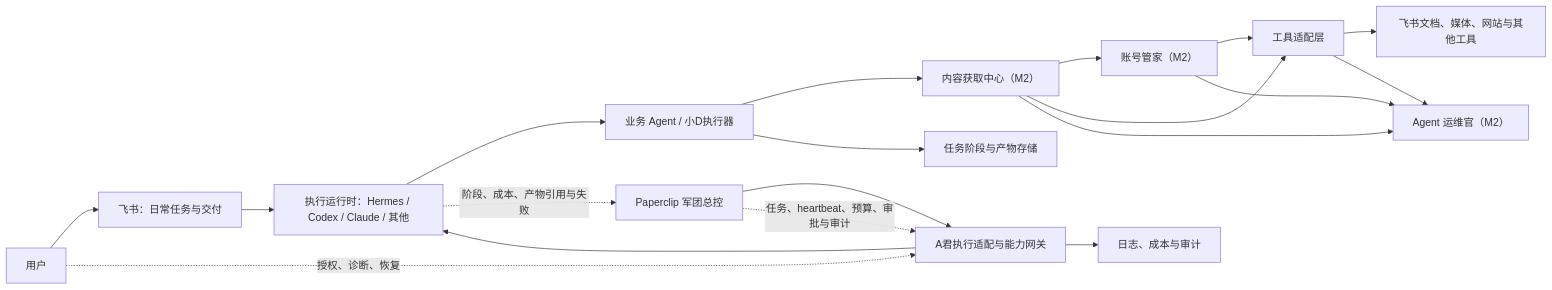
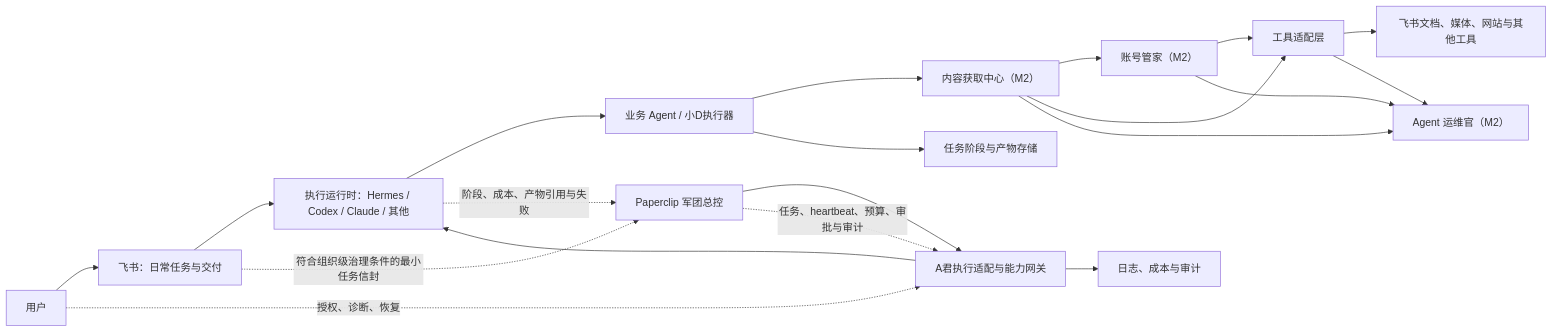
One commit to kileroppo/agent-agent changed the first of 2 diagrams in docs/architecture/system-architecture.md. Above: the diagram before and after it, drawn with Mermaid. The commit also changed other lines of this file and 33 other files, not shown here.

````diff
--- a/docs/architecture/system-architecture.md
+++ b/docs/architecture/system-architecture.md
@@ -21,21 +21,22 @@
 ```mermaid
 flowchart LR
     U["用户"] --> F["飞书：日常任务与交付"]
     F --> R["执行运行时：Hermes / Codex / Claude / 其他"]
+    F -.符合组织级治理条件的最小任务信封.-> P
     P["Paperclip 军团总控"] --> C["A君执行适配与能力网关"]
     C --> R
     R --> X["业务 Agent / 小D执行器"]
     X --> G["内容获取中心（M2）"]
     G --> A["账号管家（M2）"]
     G --> T["工具适配层"]
     A --> T
     T --> D["飞书文档、媒体、网站与其他工具"]
     X --> S["任务阶段与产物存储"]
     C --> O["日志、成本与审计"]
     G --> V["Agent 运维官（M2）"]
     A --> V
     T --> V
     P -.任务、heartbeat、预算、审批与审计.-> C
     R -.阶段、成本、产物引用与失败.-> P
     U -.授权、诊断、恢复.-> C
 ```
````
